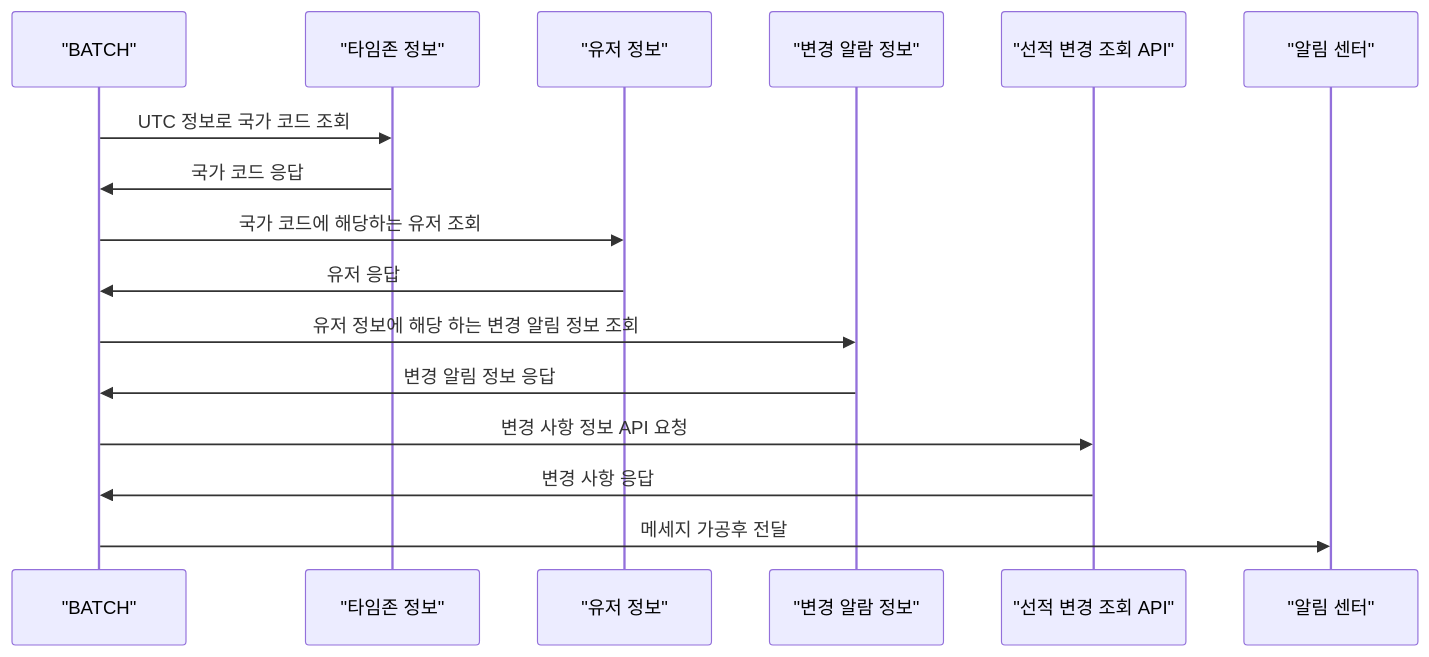
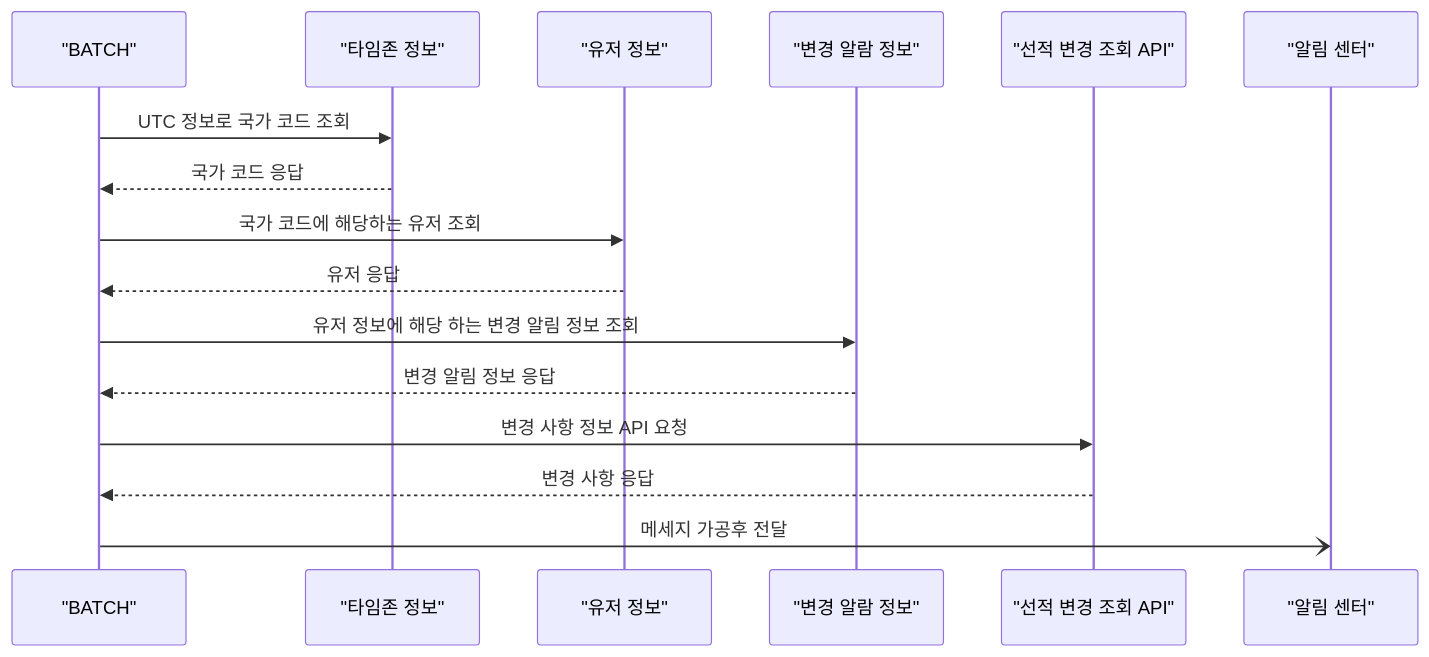
The second of 3 diagrams in _posts/project/logistics/2025-02-27-EstablishmentOfNotificationCenterAndShipmentChangeNotificationSystem.md (ysiksik/ysiksik.github.io), drawn with Mermaid before and after one commit. The commit also changed other lines of this file and 2 other files, not shown here.

```diff
--- a/_posts/project/logistics/2025-02-27-EstablishmentOfNotificationCenterAndShipmentChangeNotificationSystem.md
+++ b/_posts/project/logistics/2025-02-27-EstablishmentOfNotificationCenterAndShipmentChangeNotificationSystem.md
@@ -157,20 +157,21 @@
 ~~~mermaid
 
 sequenceDiagram
   participant BT as "BATCH"
   participant TI as "타임존 정보"
   participant UL as "유저 정보"
   participant AL as "변경 알람 정보"
   participant MP as "선적 변경 조회 API"
   participant AC as "알림 센터"
   BT->>TI: UTC 정보로 국가 코드 조회
-  TI->>BT: 국가 코드 응답
+  TI-->>BT: 국가 코드 응답
   BT->>UL: 국가 코드에 해당하는 유저 조회
-  UL->>BT: 유저 응답
+  UL-->>BT: 유저 응답
   BT->>AL: 유저 정보에 해당 하는 변경 알림 정보 조회
-  AL->>BT: 변경 알림 정보 응답
+  AL-->>BT: 변경 알림 정보 응답
   BT->>MP: 변경 사항 정보 API 요청
-  MP->>BT: 변경 사항 응답
-  BT->>AC: 메세지 가공후 전달
+  MP-->>BT: 변경 사항 응답
+  BT-)AC: 메세지 가공후 전달
+
 
 ~~~
```
